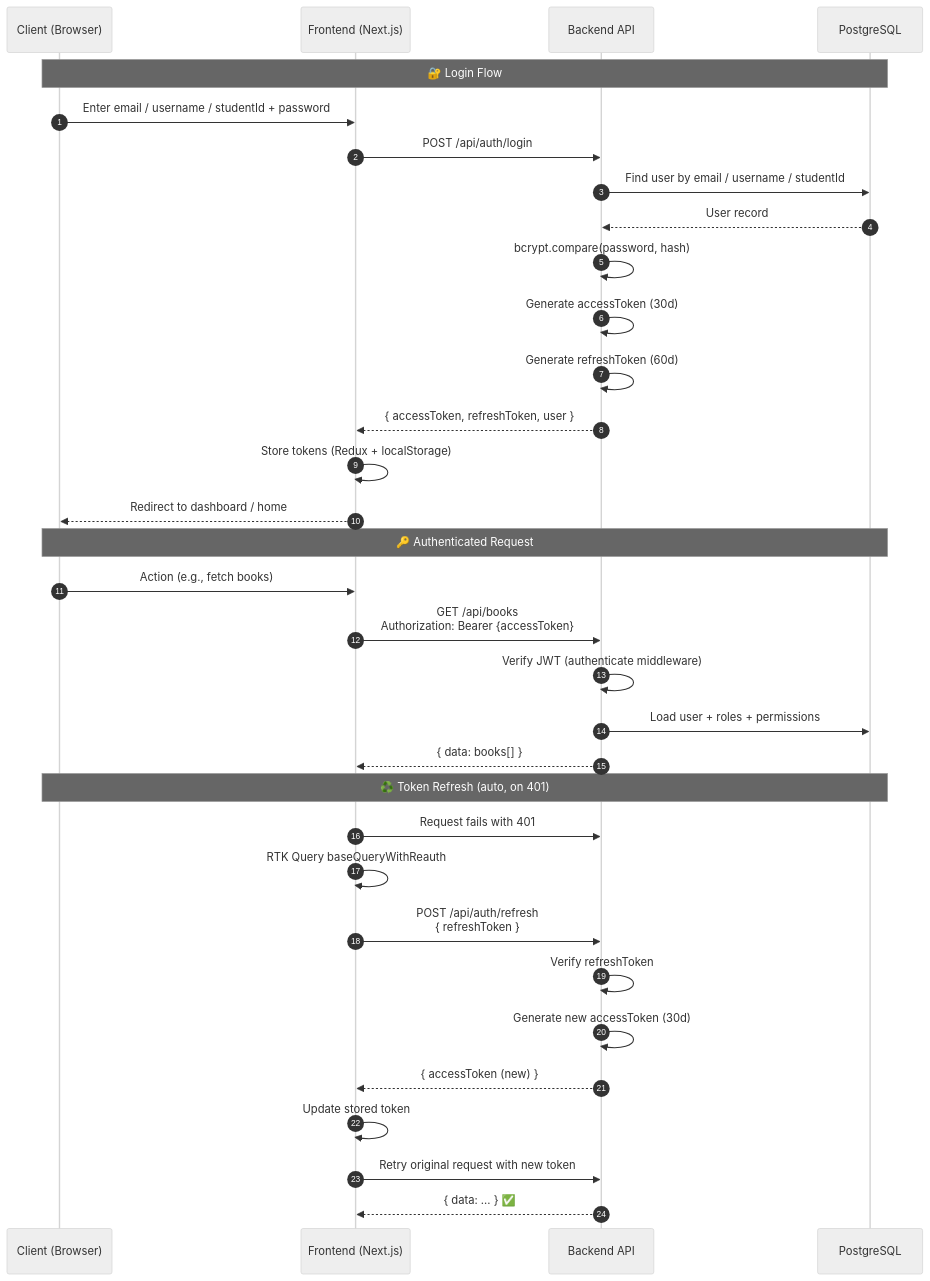
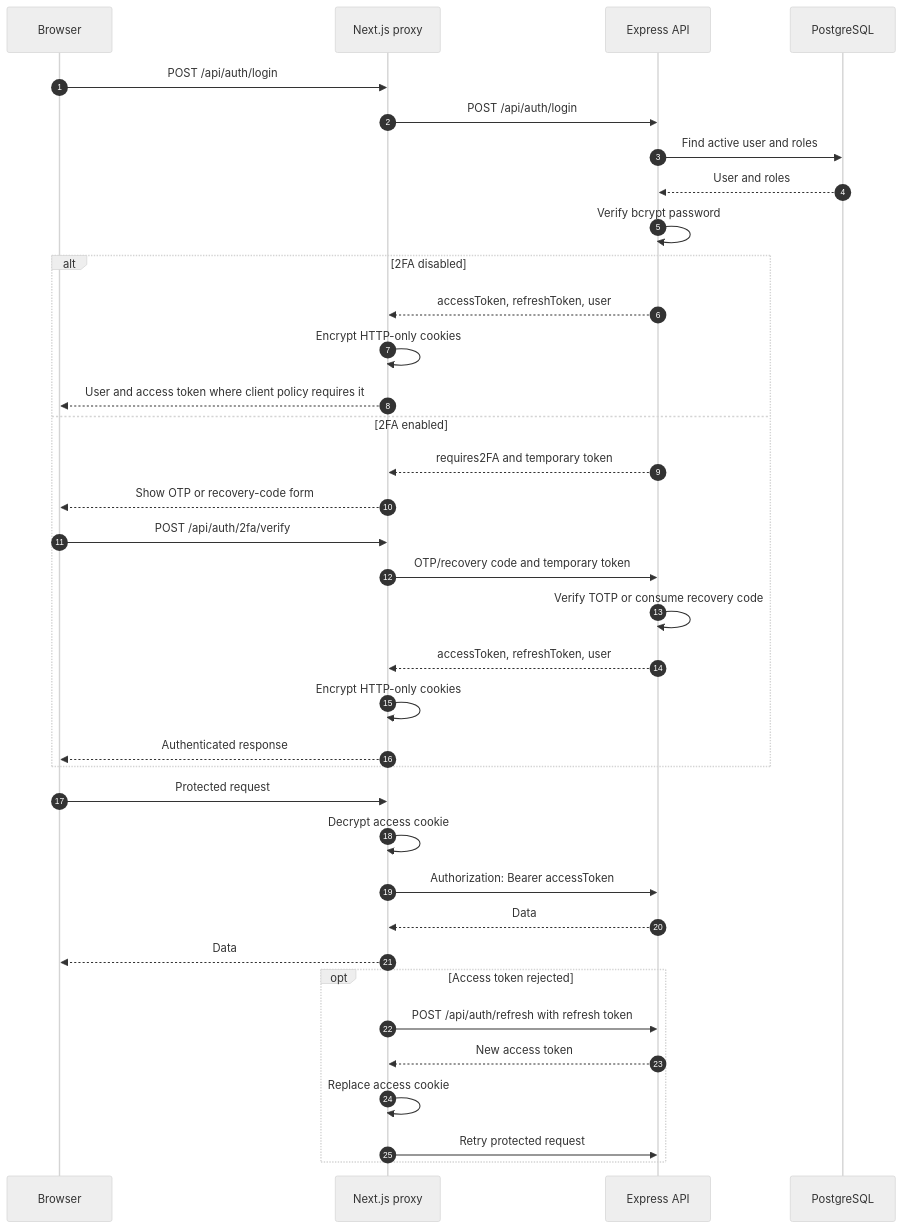
Before and after one commit to E-Library-Norton/elibrary-backend: the fourth of 8 diagrams in DIAGRAM.md, drawn with Mermaid (neutral theme). The commit also changed other lines of this file and 39 other files, not shown here.

````diff
--- a/DIAGRAM.md
+++ b/DIAGRAM.md
@@ -375,38 +418,42 @@
 ```mermaid
 sequenceDiagram
     autonumber
-    participant C as Client (Browser)
-    participant F as Frontend (Next.js)
-    participant A as Backend API
-    participant DB as PostgreSQL
+    participant B as Browser
+    participant N as Next.js proxy
+    participant A as Express API
+    participant D as PostgreSQL
 
-    Note over C,DB: 🔐 Login Flow
-    C->>F: Enter email / username / studentId + password
-    F->>A: POST /api/auth/login
-    A->>DB: Find user by email / username / studentId
-    DB-->>A: User record
-    A->>A: bcrypt.compare(password, hash)
-    A->>A: Generate accessToken (30d)
-    A->>A: Generate refreshToken (60d)
-    A-->>F: { accessToken, refreshToken, user }
-    F->>F: Store tokens (Redux + localStorage)
-    F-->>C: Redirect to dashboard / home
+    B->>N: POST /api/auth/login
+    N->>A: POST /api/auth/login
+    A->>D: Find active user and roles
+    D-->>A: User and roles
+    A->>A: Verify bcrypt password
 
-    Note over C,DB: 🔑 Authenticated Request
-    C->>F: Action (e.g., fetch books)
-    F->>A: GET /api/books<br/>Authorization: Bearer {accessToken}
-    A->>A: Verify JWT (authenticate middleware)
-    A->>DB: Load user + roles + permissions
-    A-->>F: { data: books[] }
+    alt 2FA disabled
+        A-->>N: accessToken, refreshToken, user
+        N->>N: Encrypt HTTP-only cookies
+        N-->>B: User and access token where client policy requires it
+    else 2FA enabled
+        A-->>N: requires2FA and temporary token
+        N-->>B: Show OTP or recovery-code form
+        B->>N: POST /api/auth/2fa/verify
+        N->>A: OTP/recovery code and temporary token
+        A->>A: Verify TOTP or consume recovery code
+        A-->>N: accessToken, refreshToken, user
+        N->>N: Encrypt HTTP-only cookies
+        N-->>B: Authenticated response
+    end
 
-    Note over C,DB: ♻️ Token Refresh (auto, on 401)
-    F->>A: Request fails with 401
-    F->>F: RTK Query baseQueryWithReauth
-    F->>A: POST /api/auth/refresh<br/>{ refreshToken }
-    A->>A: Verify refreshToken
-    A->>A: Generate new accessToken (30d)
-    A-->>F: { accessToken (new) }
-    F->>F: Update stored token
-    F->>A: Retry original request with new token
-    A-->>F: { data: ... } ✅
+    B->>N: Protected request
+    N->>N: Decrypt access cookie
+    N->>A: Authorization: Bearer accessToken
+    A-->>N: Data
+    N-->>B: Data
+
+    opt Access token rejected
+        N->>A: POST /api/auth/refresh with refresh token
+        A-->>N: New access token
+        N->>N: Replace access cookie
+        N->>A: Retry protected request
+    end
 ```
````
